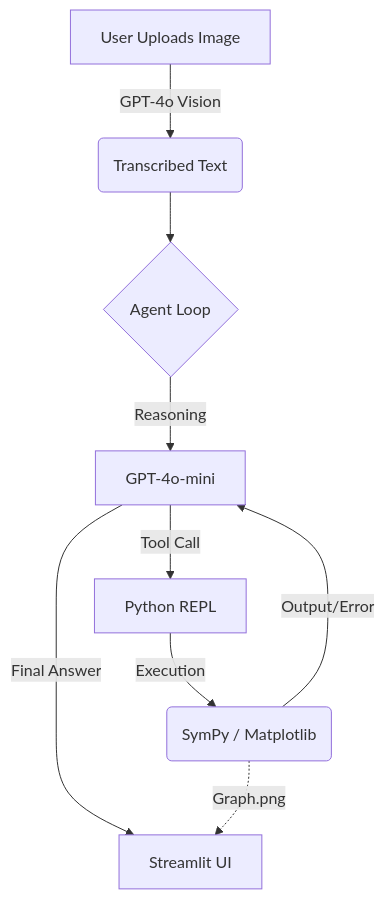
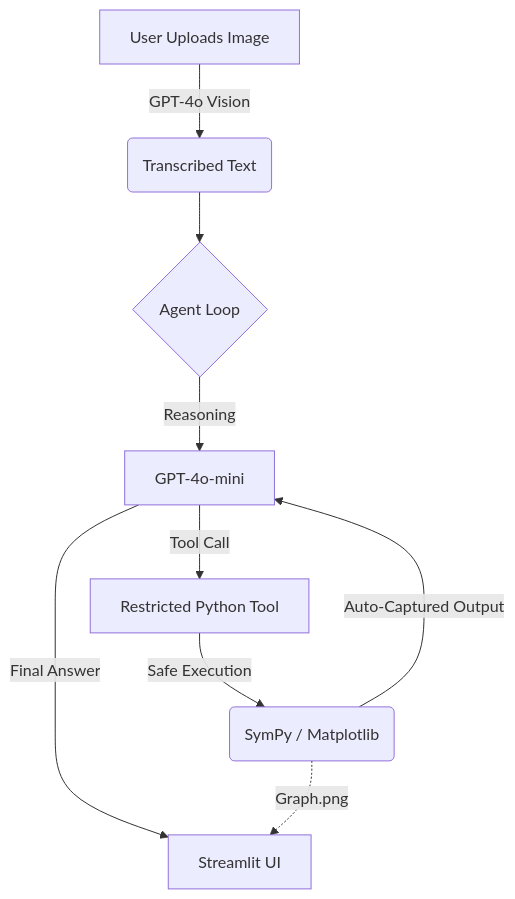
One commit to bunyodjonsattorov/math_solver changed the diagram in README.md. Above: the diagram before and after it, drawn with Mermaid. The commit also changed other lines of this file and 2 other files, not shown here.

````diff
--- a/README.md
+++ b/README.md
@@ -54,11 +54,11 @@
 ```mermaid
 graph TD
     A[User Uploads Image] -->|GPT-4o Vision| B(Transcribed Text)
     B --> C{Agent Loop}
     C -->|Reasoning| D[GPT-4o-mini]
-    D -->|Tool Call| E[Python REPL]
-    E -->|Execution| F(SymPy / Matplotlib)
-    F -->|Output/Error| D
+    D -->|Tool Call| E[Restricted Python Tool]
+    E -->|Safe Execution| F(SymPy / Matplotlib)
+    F -->|Auto-Captured Output| D
     D -->|Final Answer| G[Streamlit UI]
     F -.->|Graph.png| G
 ```
````
